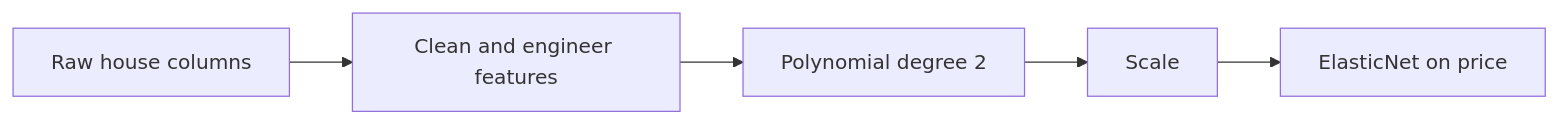
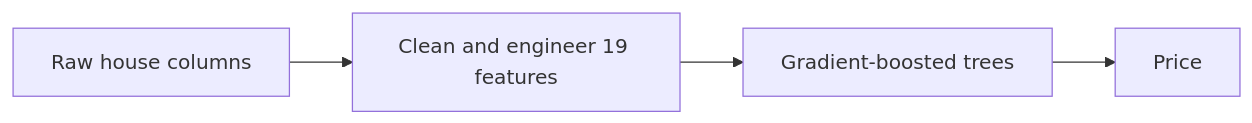
Before and after one commit to shadmanArko/mle-refactoring-project: the diagram in docs/model-card.md, drawn with Mermaid. The commit also changed other lines of this file and 10 other files, not shown here.

````diff
--- a/docs/model-card.md
+++ b/docs/model-card.md
@@ -21,7 +20,6 @@
 ```mermaid
 flowchart LR
-    A[Raw house columns] --> B[Clean and engineer features]
-    B --> C[Polynomial degree 2]
-    C --> D[Scale]
-    D --> E[ElasticNet on price]
+    A[Raw house columns] --> B[Clean and engineer 19 features]
+    B --> C[Gradient-boosted trees]
+    C --> D[Price]
 ```
````
